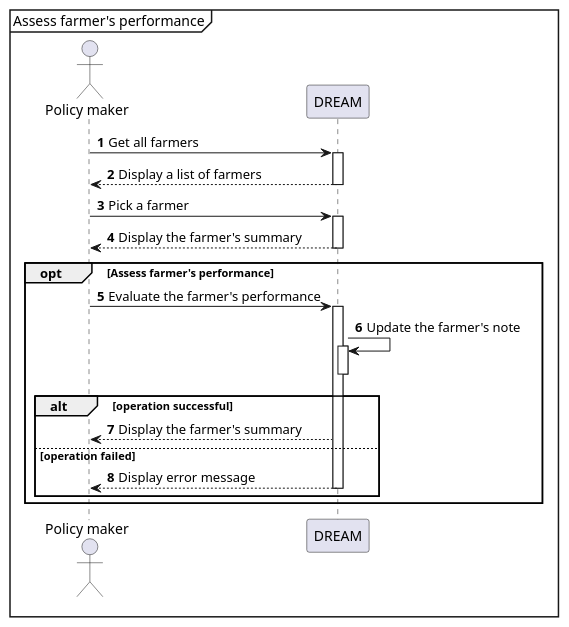
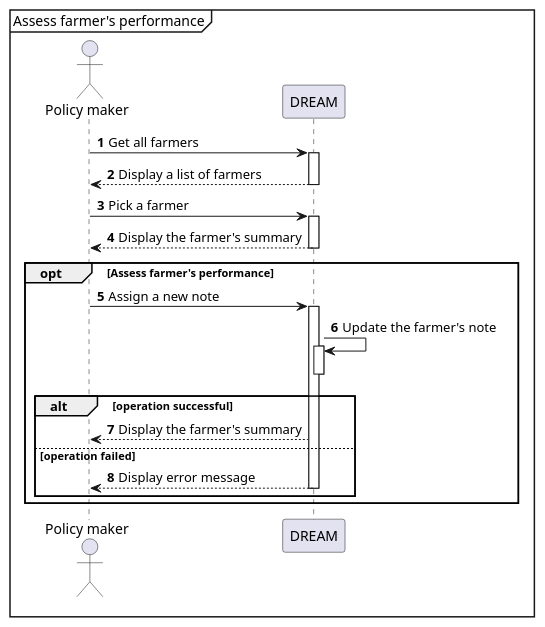
One commit to Astenna/DREAM changed the diagram in RASD/uml/sequence/assess_farmer's_performance.puml. Above: the diagram before and after it, drawn with PlantUML.

Commit message:
sequence diagram updat

```diff
--- a/RASD/uml/sequence/assess_farmer's_performance.puml
+++ b/RASD/uml/sequence/assess_farmer's_performance.puml
@@ -1,27 +1,27 @@
 @startuml Assess farmer's performence
 
 mainframe Assess farmer's performance
 autonumber
 
 actor "Policy maker" as PolMaker
 participant DREAM
 
 PolMaker -> DREAM++: Get all farmers
 DREAM --> PolMaker--: Display a list of farmers
 
 PolMaker -> DREAM++: Pick a farmer
 DREAM --> PolMaker--: Display the farmer's summary
 
 opt Assess farmer's performance
-    PolMaker -> DREAM++: Evaluate the farmer's performance
+    PolMaker -> DREAM++: Assign a new note
     DREAM -> DREAM++: Update the farmer's note
     deactivate DREAM
 
     alt operation successful
         DREAM --> PolMaker : Display the farmer's summary
     else operation failed
         DREAM --> PolMaker--: Display error message
     end
 end
 
 @enduml
```
